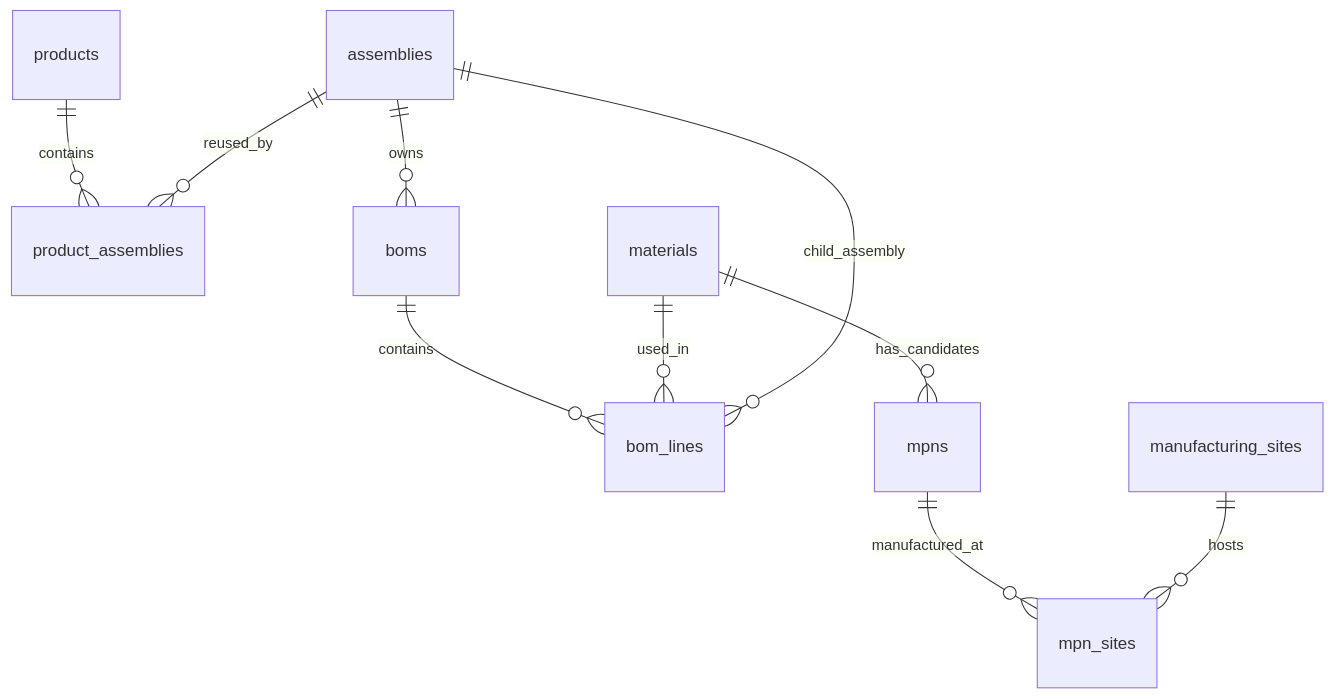
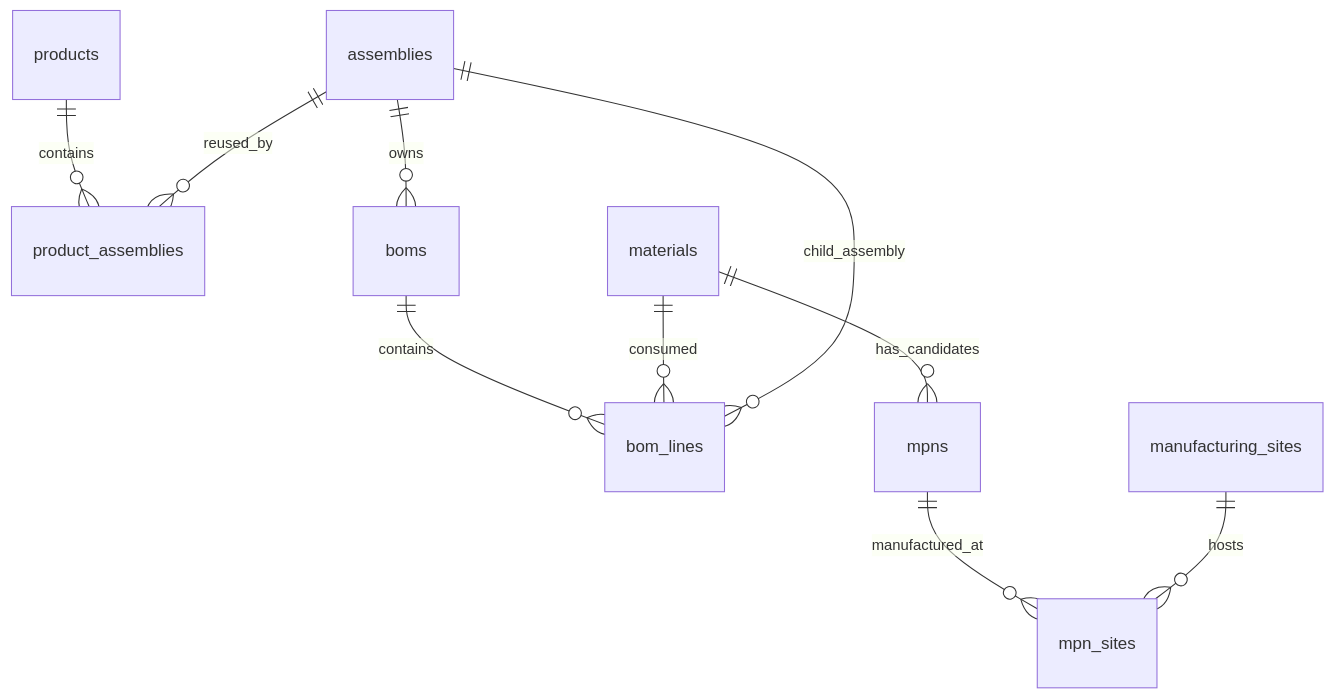
Before and after one commit to non-linear-dai/EE_Management: the diagram in README.md, drawn with Mermaid. The commit also changed other lines of this file and 29 other files, not shown here.

````diff
--- a/README.md
+++ b/README.md
@@ -19,12 +81,12 @@
 ```mermaid
 erDiagram
     products ||--o{ product_assemblies : contains
     assemblies ||--o{ product_assemblies : reused_by
     assemblies ||--o{ boms : owns
     boms ||--o{ bom_lines : contains
-    materials ||--o{ bom_lines : used_in
+    materials ||--o{ bom_lines : consumed
     assemblies ||--o{ bom_lines : child_assembly
     materials ||--o{ mpns : has_candidates
     mpns ||--o{ mpn_sites : manufactured_at
     manufacturing_sites ||--o{ mpn_sites : hosts
 ```
````
